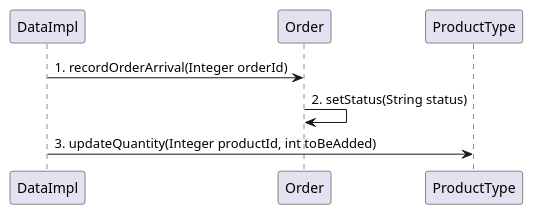
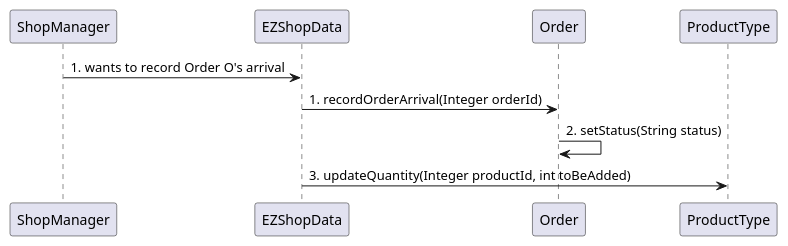
Before and after one commit to djemar/softeng_ezshop: diagram 11 of 31 in Deliverables/DesignDocument.md, drawn with PlantUML. The commit also changed other lines of this file, not shown here.

Commit message:
update SequenceDiagrams

````diff
--- a/Deliverables/DesignDocument.md
+++ b/Deliverables/DesignDocument.md
@@ -348,5 +348,6 @@
 ```plantuml
-"DataImpl" -> "Order" : 1. recordOrderArrival(Integer orderId)
+"ShopManager" -> "EZShopData": 1. wants to record Order O's arrival
+"EZShopData" -> "Order" : 1. recordOrderArrival(Integer orderId)
 "Order" -> "Order" : 2. setStatus(String status)
-"DataImpl" -> "ProductType" : 3. updateQuantity(Integer productId, int toBeAdded)
+"EZShopData" -> "ProductType" : 3. updateQuantity(Integer productId, int toBeAdded)
 ```
````
